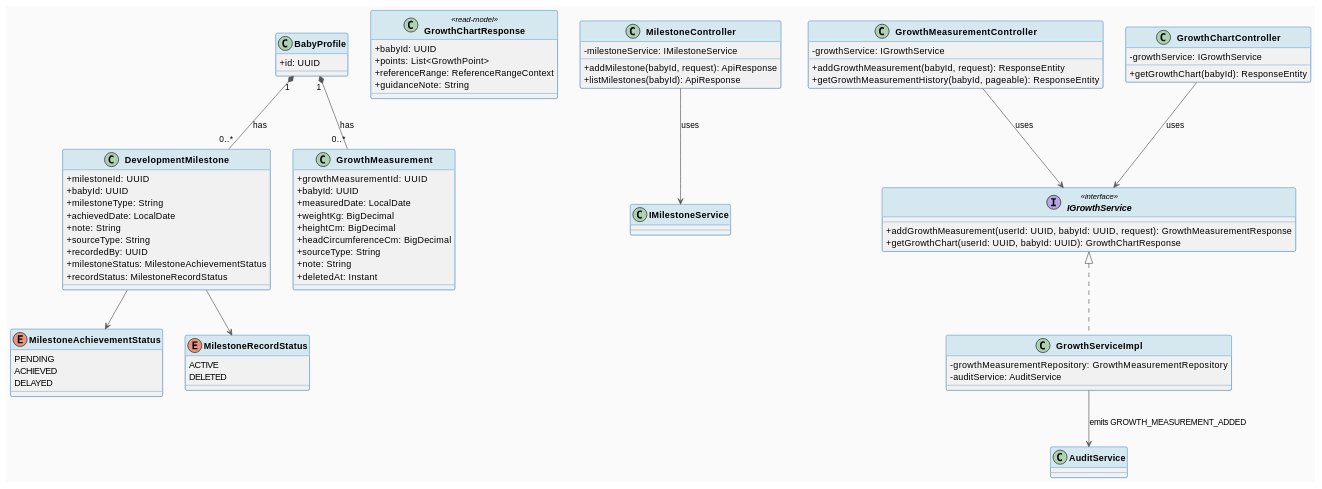
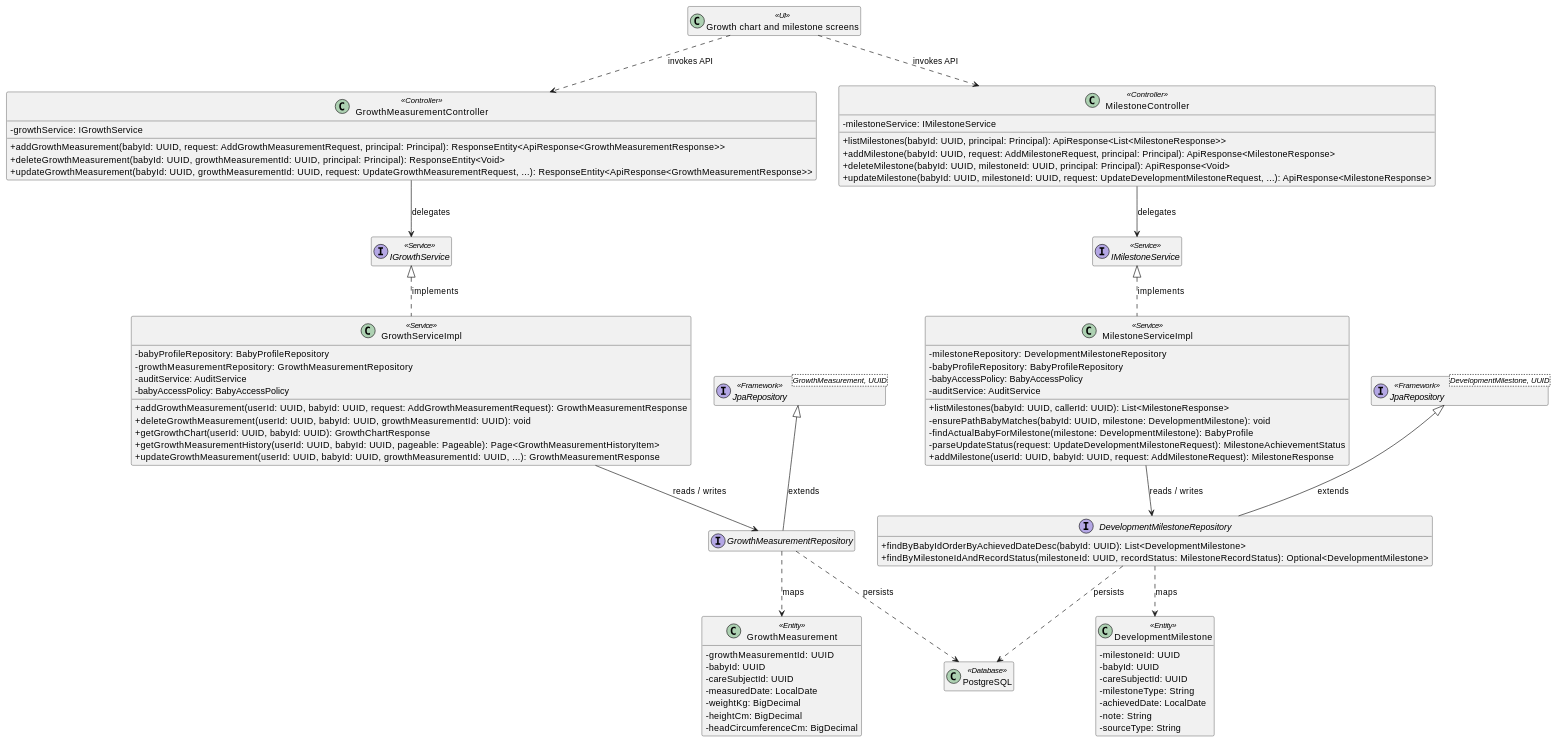
One commit to ChuongBDHE172784/CareBridge_SEP490_G79 changed the first of 2 diagrams in docs/Detailed_Design/MF03_Baby_Care_Growth_Vaccination/02_Growth_Development_Tracking.md. Above: the diagram before and after it, drawn with PlantUML. The commit also changed other lines of this file and 111 other files, not shown here.

````diff
--- a/docs/Detailed_Design/MF03_Baby_Care_Growth_Vaccination/02_Growth_Development_Tracking.md
+++ b/docs/Detailed_Design/MF03_Baby_Care_Growth_Vaccination/02_Growth_Development_Tracking.md
@@ -25,93 +20,86 @@
 ```plantuml
-@startuml MF03_02_GrowthMilestone_ClassDiagram
+@startuml MF03_02_BabyGrowthandDevelopmentTracking_ClassDiagram
 skinparam classAttributeIconSize 0
-skinparam classFontStyle bold
-skinparam backgroundColor #FAFAFA
-skinparam ArrowColor #555555
-skinparam ClassBorderColor #2E75B6
-skinparam ClassHeaderBackgroundColor #D5E8F0
+hide empty members
 
-class BabyProfile {
-  + id: UUID
+class "Growth chart and milestone screens" as UI1 <<UI>>
+class "GrowthMeasurementController" as Controller1 <<Controller>> {
+  - growthService: IGrowthService
+  + addGrowthMeasurement(babyId: UUID, request: AddGrowthMeasurementRequest, principal: Principal): ResponseEntity<ApiResponse<GrowthMeasurementResponse>>
+  + deleteGrowthMeasurement(babyId: UUID, growthMeasurementId: UUID, principal: Principal): ResponseEntity<Void>
+  + updateGrowthMeasurement(babyId: UUID, growthMeasurementId: UUID, request: UpdateGrowthMeasurementRequest, ...): ResponseEntity<ApiResponse<GrowthMeasurementResponse>>
 }
-
-class DevelopmentMilestone {
-  + milestoneId: UUID
-  + babyId: UUID
-  + milestoneType: String
-  + achievedDate: LocalDate
-  + note: String
-  + sourceType: String
-  + recordedBy: UUID
-  + milestoneStatus: MilestoneAchievementStatus
-  + recordStatus: MilestoneRecordStatus
+class "MilestoneController" as Controller2 <<Controller>> {
+  - milestoneService: IMilestoneService
+  + listMilestones(babyId: UUID, principal: Principal): ApiResponse<List<MilestoneResponse>>
+  + addMilestone(babyId: UUID, request: AddMilestoneRequest, principal: Principal): ApiResponse<MilestoneResponse>
+  + deleteMilestone(babyId: UUID, milestoneId: UUID, principal: Principal): ApiResponse<Void>
+  + updateMilestone(babyId: UUID, milestoneId: UUID, request: UpdateDevelopmentMilestoneRequest, ...): ApiResponse<MilestoneResponse>
 }
-
-enum MilestoneAchievementStatus {
-  PENDING
-  ACHIEVED
-  DELAYED
-}
-
-enum MilestoneRecordStatus {
-  ACTIVE
-  DELETED
-}
-
-class GrowthMeasurement {
-  + growthMeasurementId: UUID
-  + babyId: UUID
-  + measuredDate: LocalDate
-  + weightKg: BigDecimal
-  + heightCm: BigDecimal
-  + headCircumferenceCm: BigDecimal
-  + sourceType: String
-  + note: String
-  + deletedAt: Instant
-}
-
-class GrowthChartResponse <<read-model>> {
-  + babyId: UUID
-  + points: List<GrowthPoint>
-  + referenceRange: ReferenceRangeContext
-  + guidanceNote: String
-}
-
-class MilestoneController {
-  - milestoneService: IMilestoneService
-  + addMilestone(babyId, request): ApiResponse
-  + listMilestones(babyId): ApiResponse
-}
-
-class GrowthMeasurementController {
-  - growthService: IGrowthService
-  + addGrowthMeasurement(babyId, request): ResponseEntity
-  + getGrowthMeasurementHistory(babyId, pageable): ResponseEntity
-}
-
-class GrowthChartController {
-  - growthService: IGrowthService
-  + getGrowthChart(babyId): ResponseEntity
-}
-
-interface IGrowthService <<interface>> {
-  + addGrowthMeasurement(userId: UUID, babyId: UUID, request): GrowthMeasurementResponse
-  + getGrowthChart(userId: UUID, babyId: UUID): GrowthChartResponse
-}
-
-class GrowthServiceImpl implements IGrowthService {
+class "GrowthServiceImpl" as Service1 <<Service>> {
+  - babyProfileRepository: BabyProfileRepository
   - growthMeasurementRepository: GrowthMeasurementRepository
   - auditService: AuditService
+  - babyAccessPolicy: BabyAccessPolicy
+  + addGrowthMeasurement(userId: UUID, babyId: UUID, request: AddGrowthMeasurementRequest): GrowthMeasurementResponse
+  + deleteGrowthMeasurement(userId: UUID, babyId: UUID, growthMeasurementId: UUID): void
+  + getGrowthChart(userId: UUID, babyId: UUID): GrowthChartResponse
+  + getGrowthMeasurementHistory(userId: UUID, babyId: UUID, pageable: Pageable): Page<GrowthMeasurementHistoryItem>
+  + updateGrowthMeasurement(userId: UUID, babyId: UUID, growthMeasurementId: UUID, ...): GrowthMeasurementResponse
 }
+class "MilestoneServiceImpl" as Service2 <<Service>> {
+  - milestoneRepository: DevelopmentMilestoneRepository
+  - babyProfileRepository: BabyProfileRepository
+  - babyAccessPolicy: BabyAccessPolicy
+  - auditService: AuditService
+  + listMilestones(babyId: UUID, callerId: UUID): List<MilestoneResponse>
+  - ensurePathBabyMatches(babyId: UUID, milestone: DevelopmentMilestone): void
+  - findActualBabyForMilestone(milestone: DevelopmentMilestone): BabyProfile
+  - parseUpdateStatus(request: UpdateDevelopmentMilestoneRequest): MilestoneAchievementStatus
+  + addMilestone(userId: UUID, babyId: UUID, request: AddMilestoneRequest): MilestoneResponse
+}
+interface "IGrowthService" as Service1Contract <<Service>>
+interface "IMilestoneService" as Service2Contract <<Service>>
+interface "GrowthMeasurementRepository" as Repository1
+interface "DevelopmentMilestoneRepository" as Repository2 {
+  + findByBabyIdOrderByAchievedDateDesc(babyId: UUID): List<DevelopmentMilestone>
+  + findByMilestoneIdAndRecordStatus(milestoneId: UUID, recordStatus: MilestoneRecordStatus): Optional<DevelopmentMilestone>
+}
+class "GrowthMeasurement" as Entity1 <<Entity>> {
+  - growthMeasurementId: UUID
+  - babyId: UUID
+  - careSubjectId: UUID
+  - measuredDate: LocalDate
+  - weightKg: BigDecimal
+  - heightCm: BigDecimal
+  - headCircumferenceCm: BigDecimal
+}
+class "DevelopmentMilestone" as Entity2 <<Entity>> {
+  - milestoneId: UUID
+  - babyId: UUID
+  - careSubjectId: UUID
+  - milestoneType: String
+  - achievedDate: LocalDate
+  - note: String
+  - sourceType: String
+}
+interface "JpaRepository<GrowthMeasurement, UUID>" as Repository1Base <<Framework>>
+interface "JpaRepository<DevelopmentMilestone, UUID>" as Repository2Base <<Framework>>
+class "PostgreSQL" as DB <<Database>>
 
-BabyProfile "1" *-- "0..*" DevelopmentMilestone : has
-BabyProfile "1" *-- "0..*" GrowthMeasurement : has
-DevelopmentMilestone --> MilestoneAchievementStatus
-DevelopmentMilestone --> MilestoneRecordStatus
-MilestoneController --> IMilestoneService : uses
-GrowthMeasurementController --> IGrowthService : uses
-GrowthChartController --> IGrowthService : uses
-GrowthServiceImpl --> AuditService : emits GROWTH_MEASUREMENT_ADDED
-
+Service1Contract <|.. Service1 : implements
+Service2Contract <|.. Service2 : implements
+Repository1Base <|-- Repository1 : extends
+Repository2Base <|-- Repository2 : extends
+UI1 ..> Controller1 : invokes API
+UI1 ..> Controller2 : invokes API
+Controller1 --> Service1Contract : delegates
+Controller2 --> Service2Contract : delegates
+Service1 --> Repository1 : reads / writes
+Service2 --> Repository2 : reads / writes
+Repository1 ..> Entity1 : maps
+Repository1 ..> DB : persists
+Repository2 ..> Entity2 : maps
+Repository2 ..> DB : persists
 @enduml
 ```
````
